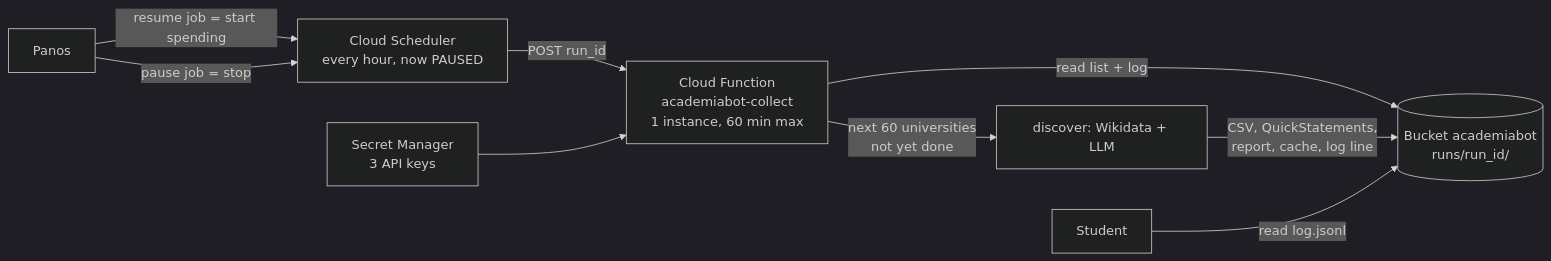
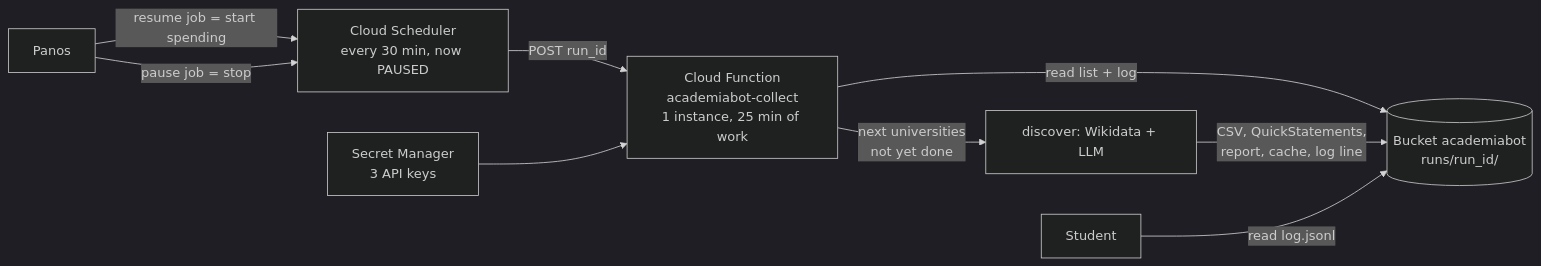
One commit to ipeirotis-org/academiabot changed the diagram in docs/cloud_collection.mmd. Above: the diagram before and after it, drawn with Mermaid (dark theme). The commit also changed 6 other files, not shown here.

First line of the commit message:
Cloud slices fit the 30 minute scheduler deadline; restore unattributed caches

```diff
--- a/docs/cloud_collection.mmd
+++ b/docs/cloud_collection.mmd
@@ -1,9 +1,9 @@
 flowchart LR
-    S[Cloud Scheduler<br/>every hour, now PAUSED] -->|POST run_id| F[Cloud Function<br/>academiabot-collect<br/>1 instance, 60 min max]
+    S[Cloud Scheduler<br/>every 30 min, now PAUSED] -->|POST run_id| F[Cloud Function<br/>academiabot-collect<br/>1 instance, 25 min of work]
     F -->|read list + log| B[(Bucket academiabot<br/>runs/run_id/)]
-    F -->|next 60 universities<br/>not yet done| D[discover: Wikidata + LLM]
+    F -->|next universities<br/>not yet done| D[discover: Wikidata + LLM]
     D -->|CSV, QuickStatements,<br/>report, cache, log line| B
     SM[Secret Manager<br/>3 API keys] --> F
     P[Panos] -->|resume job = start spending| S
     P -->|pause job = stop| S
     R[Student] -->|read log.jsonl| B
```
